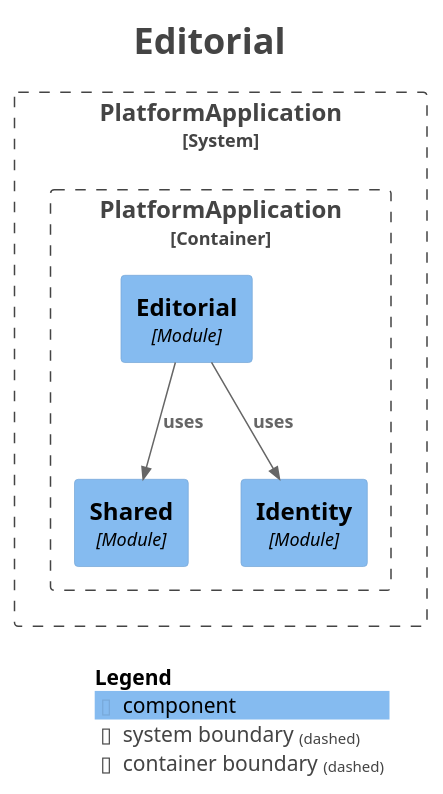
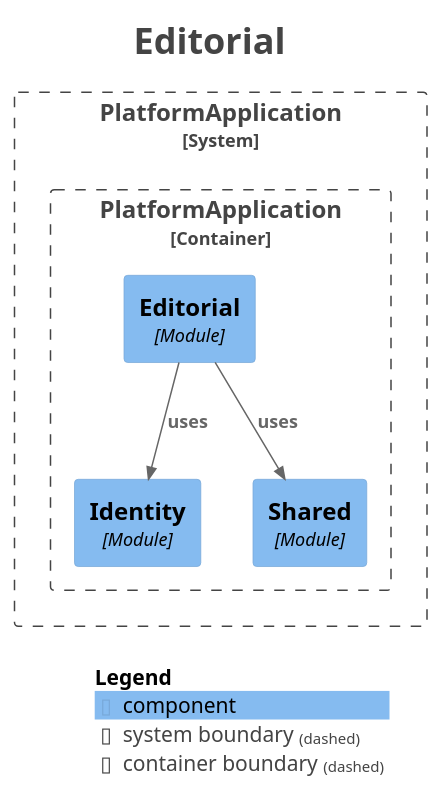
One commit to Asiman77/HistoryAsAGame changed the diagram in docs/modules/module-editorial.puml. Above: the diagram before and after it, drawn with PlantUML. The commit also changed other lines of this file and 20 other files, not shown here.

```diff
--- a/docs/modules/module-editorial.puml
+++ b/docs/modules/module-editorial.puml
@@ -1,32 +1,32 @@
 @startuml
 title <size:24>Editorial</size>
 
 set separator none
 top to bottom direction
 
 <style>
   root {
     BackgroundColor: #ffffff
     FontColor: #444444
   }
 </style>
 
 !include <C4/C4>
 !include <C4/C4_Context>
 !include <C4/C4_Component>
 
 System_Boundary("PlatformApplication_boundary", "PlatformApplication", $tags="") {
   Container_Boundary("PlatformApplication.PlatformApplication_boundary", "PlatformApplication", $tags="") {
+    Component(PlatformApplication.PlatformApplication.Identity, "Identity", $techn="Module", $descr="", $tags="", $link="")
     Component(PlatformApplication.PlatformApplication.Shared, "Shared", $techn="Module", $descr="", $tags="", $link="")
     Component(PlatformApplication.PlatformApplication.Editorial, "Editorial", $techn="Module", $descr="", $tags="", $link="")
-    Component(PlatformApplication.PlatformApplication.Identity, "Identity", $techn="Module", $descr="", $tags="", $link="")
   }
 
 }
 
 Rel(PlatformApplication.PlatformApplication.Editorial, PlatformApplication.PlatformApplication.Shared, "uses", $techn="", $tags="", $link="")
 Rel(PlatformApplication.PlatformApplication.Editorial, PlatformApplication.PlatformApplication.Identity, "uses", $techn="", $tags="", $link="")
 
 SHOW_LEGEND(true)
 hide stereotypes
 @enduml
```
